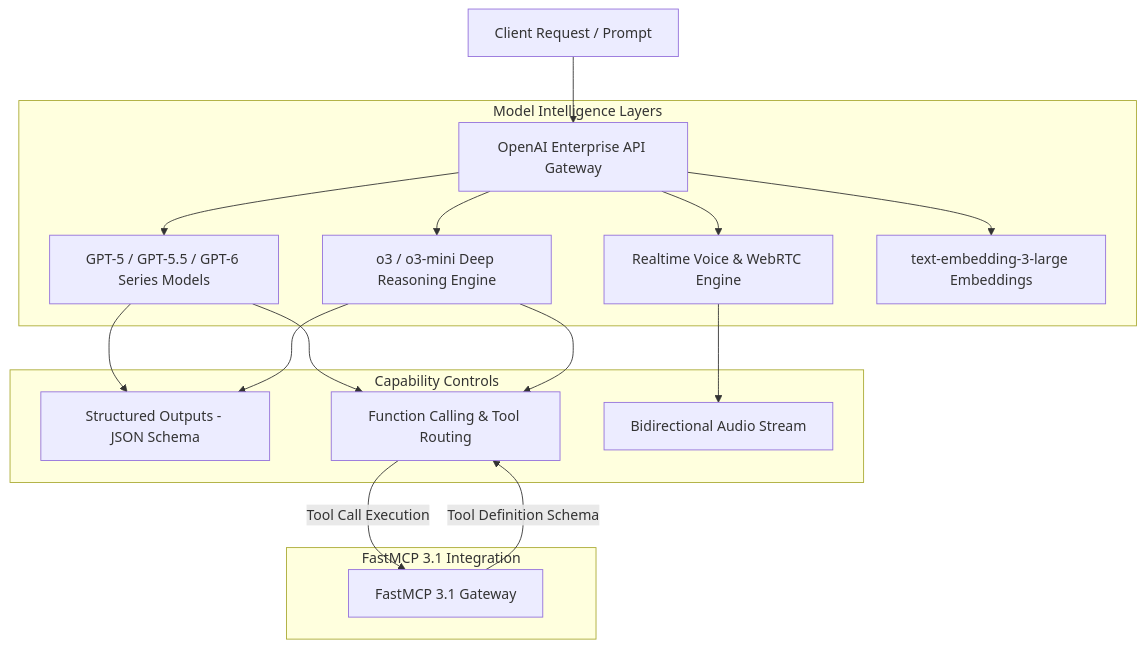
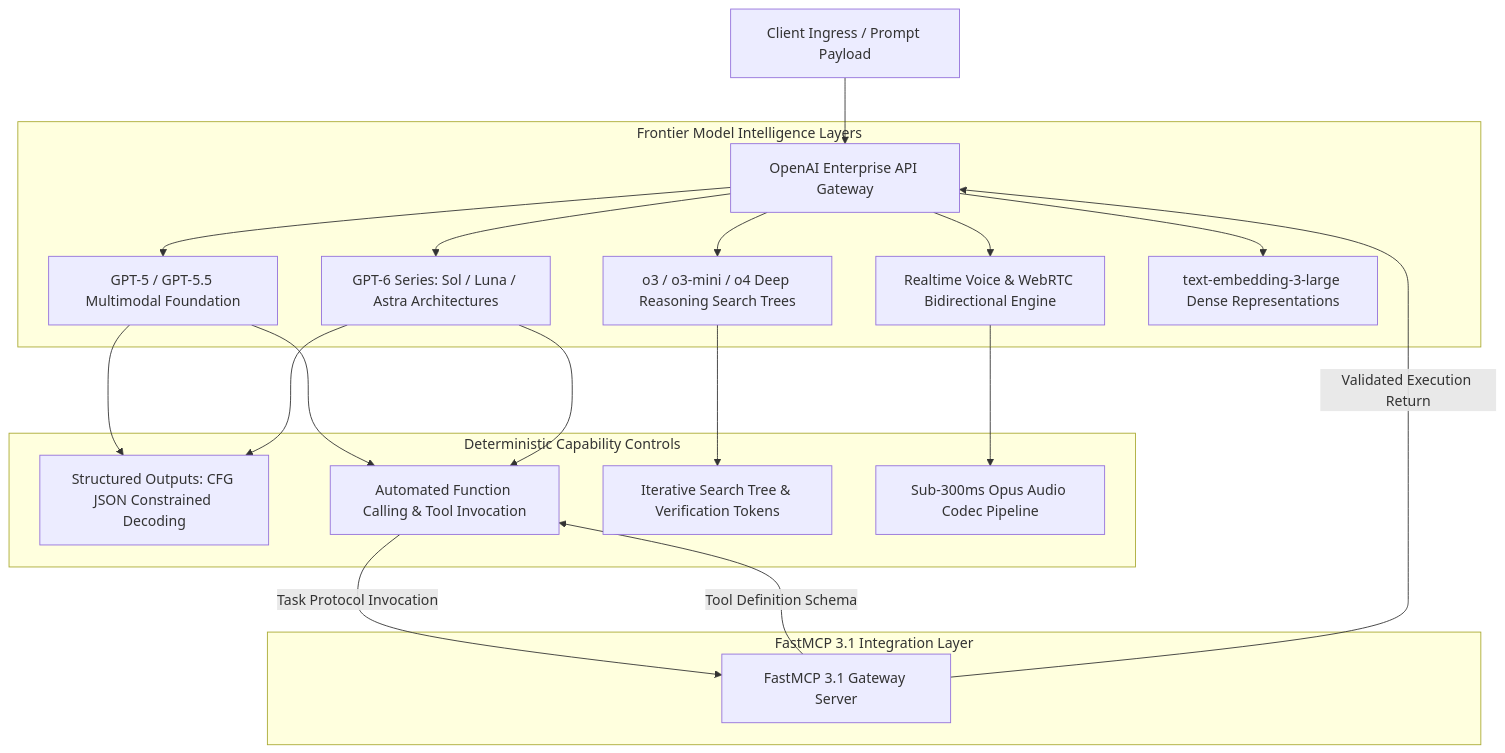
One commit to joanmarcriera/Home-office-automations changed the first of 3 diagrams in docs/tools/ai_knowledge/openai.md. Above: the diagram before and after it, drawn with Mermaid. The commit also changed other lines of this file and 5 other files, not shown here.

````diff
--- a/docs/tools/ai_knowledge/openai.md
+++ b/docs/tools/ai_knowledge/openai.md
@@ -8,22 +8,25 @@
 ```mermaid
 graph TD
-    A[Client Request / Prompt] --> B[OpenAI Enterprise API Gateway]
+    A[Client Ingress / Prompt Payload] --> B[OpenAI Enterprise API Gateway]
 
-    subgraph Model Intelligence Layers
-        B --> C[GPT-5 / GPT-5.5 / GPT-6 Series Models]
-        B --> D[o3 / o3-mini Deep Reasoning Engine]
-        B --> E[Realtime Voice & WebRTC Engine]
-        B --> F[text-embedding-3-large Embeddings]
+    subgraph Frontier Model Intelligence Layers
+        B --> C[GPT-5 / GPT-5.5 Multimodal Foundation]
+        B --> D[GPT-6 Series: Sol / Luna / Astra Architectures]
+        B --> E[o3 / o3-mini / o4 Deep Reasoning Search Trees]
+        B --> F[Realtime Voice & WebRTC Bidirectional Engine]
+        B --> G[text-embedding-3-large Dense Representations]
     end
 
-    subgraph Capability Controls
-        C & D --> G[Structured Outputs - JSON Schema]
-        C & D --> H[Function Calling & Tool Routing]
-        E --> I[Bidirectional Audio Stream]
+    subgraph Deterministic Capability Controls
+        C & D --> H[Structured Outputs: CFG JSON Constrained Decoding]
+        C & D --> I[Automated Function Calling & Tool Invocation]
+        E --> J[Iterative Search Tree & Verification Tokens]
+        F --> K[Sub-300ms Opus Audio Codec Pipeline]
     end
 
-    subgraph FastMCP 3.1 Integration
-        J[FastMCP 3.1 Gateway] -->|Tool Definition Schema| H
-        H -->|Tool Call Execution| J
+    subgraph FastMCP 3.1 Integration Layer
+        L[FastMCP 3.1 Gateway Server] -->|Tool Definition Schema| I
+        I -->|Task Protocol Invocation| L
+        L -->|Validated Execution Return| B
     end
 ```
````
